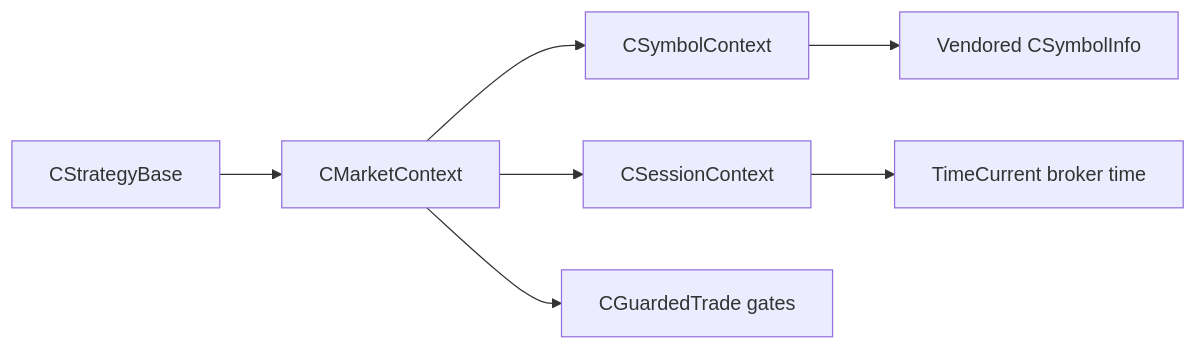
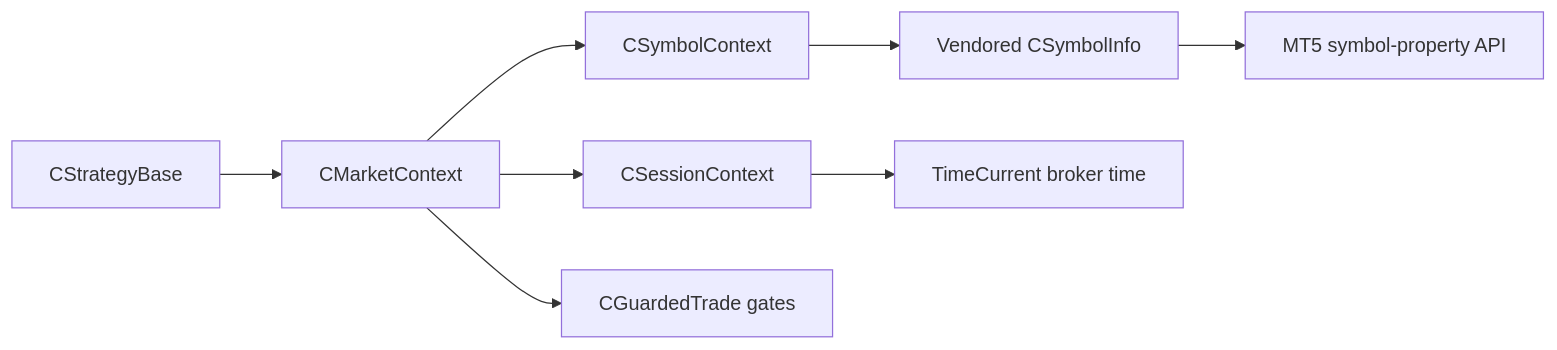
Before and after one commit to phbrgnomo/TradeSpine: the diagram in docs/06_SPEC/SPEC-06_market_session_and_symbol_context/SPEC-06_market_session_and_symbol_context.readable.md, drawn with Mermaid. The commit also changed other lines of this file and 28 other files, not shown here.

````diff
--- a/docs/06_SPEC/SPEC-06_market_session_and_symbol_context/SPEC-06_market_session_and_symbol_context.readable.md
+++ b/docs/06_SPEC/SPEC-06_market_session_and_symbol_context/SPEC-06_market_session_and_symbol_context.readable.md
@@ -21,9 +21,10 @@
 ```mermaid
 flowchart LR
   Strategy["CStrategyBase"] --> Market["CMarketContext"]
   Market --> Symbol["CSymbolContext"]
   Market --> Session["CSessionContext"]
   Symbol --> StdLib["Vendored CSymbolInfo"]
+  StdLib --> Terminal["MT5 symbol-property API"]
   Session --> BrokerClock["TimeCurrent broker time"]
   Market --> Guard["CGuardedTrade gates"]
 ```
````
